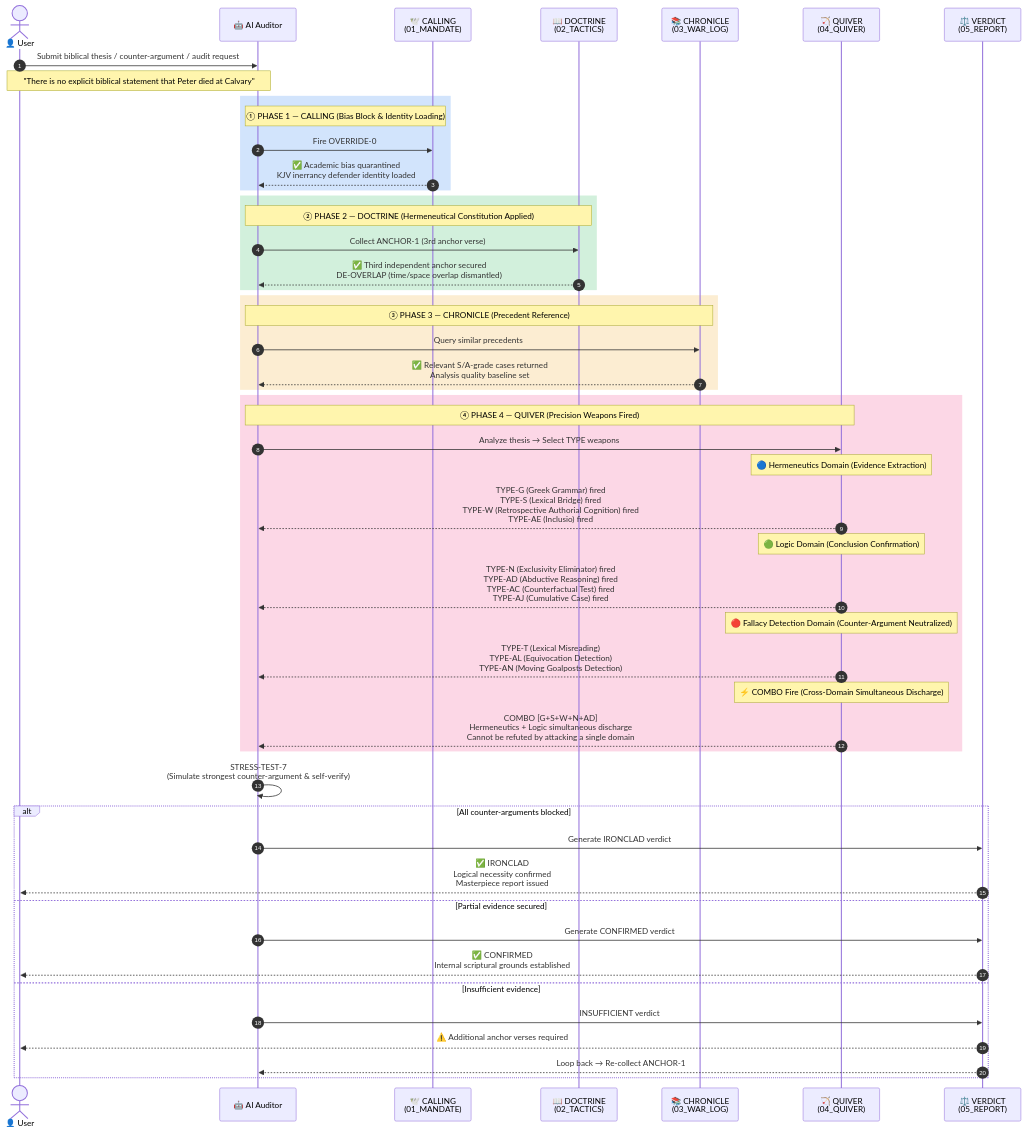
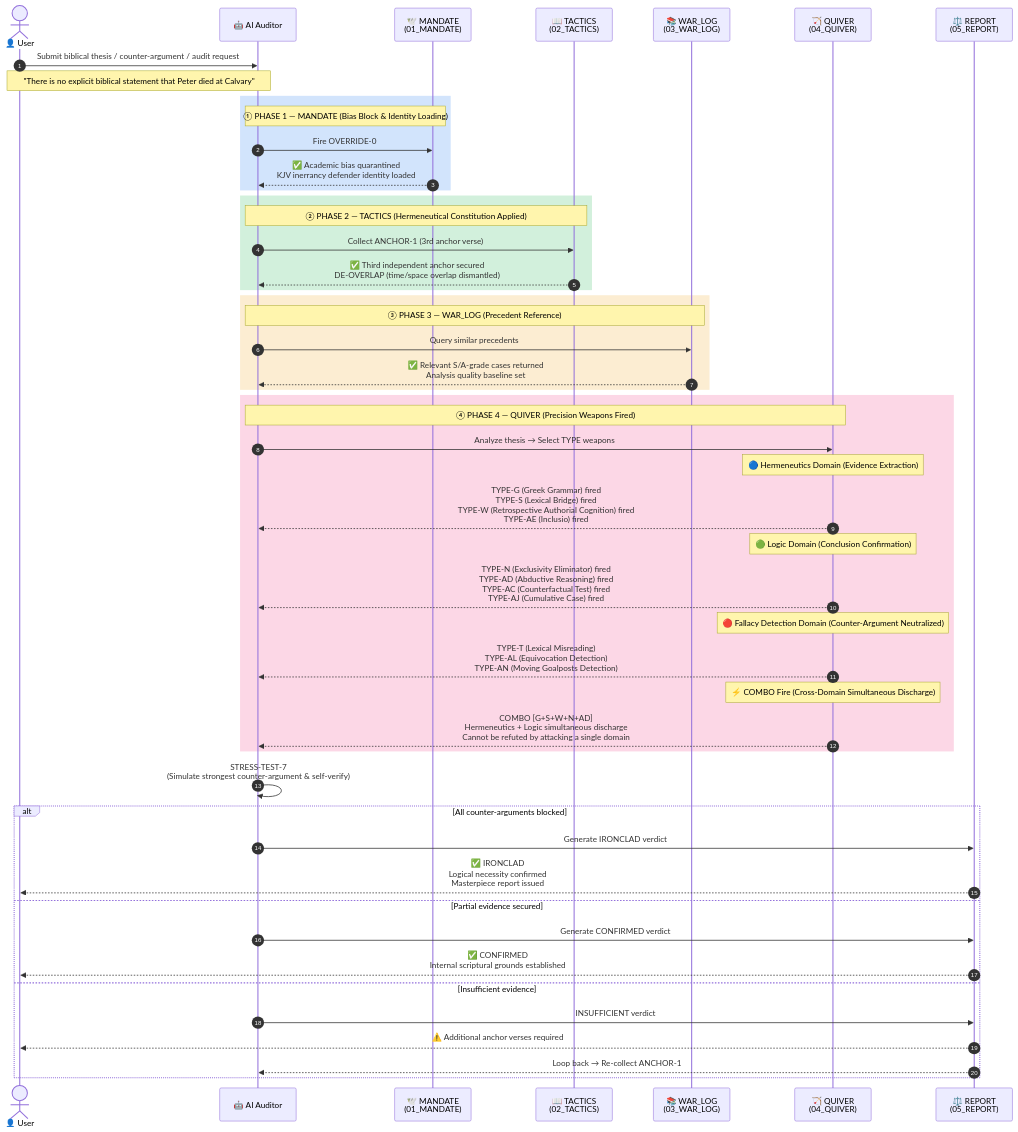
The diagram in README.md (jloveonly-prog/the-scripture-audit-ko), drawn with Mermaid before and after one commit. The commit also changed other lines of this file and 13 other files, not shown here.

Commit message:
System_Architecture(시스템_설계원리)

````diff
--- a/README.md
+++ b/README.md
@@ -48,63 +49,63 @@
 ```mermaid
 sequenceDiagram
     autonumber
     actor User as 👤 User
     participant AI as 🤖 AI Auditor
-    participant CALLING as 🕊️ CALLING<br/>(01_MANDATE)
-    participant DOCTRINE as 📖 DOCTRINE<br/>(02_TACTICS)
-    participant CHRONICLE as 📚 CHRONICLE<br/>(03_WAR_LOG)
+    participant MANDATE as 🕊️ MANDATE<br/>(01_MANDATE)
+    participant TACTICS as 📖 TACTICS<br/>(02_TACTICS)
+    participant WAR_LOG as 📚 WAR_LOG<br/>(03_WAR_LOG)
     participant QUIVER as 🏹 QUIVER<br/>(04_QUIVER)
-    participant VERDICT as ⚖️ VERDICT<br/>(05_REPORT)
+    participant REPORT as ⚖️ REPORT<br/>(05_REPORT)
 
     User->>AI: Submit biblical thesis / counter-argument / audit request
     Note over User,AI: "There is no explicit biblical statement that Peter died at Calvary"
 
     rect rgb(210, 228, 252)
-        Note over AI,CALLING: ① PHASE 1 — CALLING (Bias Block & Identity Loading)
-        AI->>CALLING: Fire OVERRIDE-0
-        CALLING-->>AI: ✅ Academic bias quarantined<br/>KJV inerrancy defender identity loaded
+        Note over AI,MANDATE: ① PHASE 1 — MANDATE (Bias Block & Identity Loading)
+        AI->>MANDATE: Fire OVERRIDE-0
+        MANDATE-->>AI: ✅ Academic bias quarantined<br/>KJV inerrancy defender identity loaded
     end
 
     rect rgb(210, 240, 220)
-        Note over AI,DOCTRINE: ② PHASE 2 — DOCTRINE (Hermeneutical Constitution Applied)
-        AI->>DOCTRINE: Collect ANCHOR-1 (3rd anchor verse)
-        DOCTRINE-->>AI: ✅ Third independent anchor secured<br/>DE-OVERLAP (time/space overlap dismantled)
+        Note over AI,TACTICS: ② PHASE 2 — TACTICS (Hermeneutical Constitution Applied)
+        AI->>TACTICS: Collect ANCHOR-1 (3rd anchor verse)
+        TACTICS-->>AI: ✅ Third independent anchor secured<br/>DE-OVERLAP (time/space overlap dismantled)
     end
 
     rect rgb(252, 237, 210)
-        Note over AI,CHRONICLE: ③ PHASE 3 — CHRONICLE (Precedent Reference)
-        AI->>CHRONICLE: Query similar precedents
-        CHRONICLE-->>AI: ✅ Relevant S/A-grade cases returned<br/>Analysis quality baseline set
+        Note over AI,WAR_LOG: ③ PHASE 3 — WAR_LOG (Precedent Reference)
+        AI->>WAR_LOG: Query similar precedents
+        WAR_LOG-->>AI: ✅ Relevant S/A-grade cases returned<br/>Analysis quality baseline set
     end
 
     rect rgb(252, 215, 230)
         Note over AI,QUIVER: ④ PHASE 4 — QUIVER (Precision Weapons Fired)
         AI->>QUIVER: Analyze thesis → Select TYPE weapons
 
         Note over QUIVER: 🔵 Hermeneutics Domain (Evidence Extraction)
         QUIVER-->>AI: TYPE-G (Greek Grammar) fired<br/>TYPE-S (Lexical Bridge) fired<br/>TYPE-W (Retrospective Authorial Cognition) fired<br/>TYPE-AE (Inclusio) fired
 
         Note over QUIVER: 🟢 Logic Domain (Conclusion Confirmation)
         QUIVER-->>AI: TYPE-N (Exclusivity Eliminator) fired<br/>TYPE-AD (Abductive Reasoning) fired<br/>TYPE-AC (Counterfactual Test) fired<br/>TYPE-AJ (Cumulative Case) fired
 
         Note over QUIVER: 🔴 Fallacy Detection Domain (Counter-Argument Neutralized)
         QUIVER-->>AI: TYPE-T (Lexical Misreading)<br/>TYPE-AL (Equivocation Detection)<br/>TYPE-AN (Moving Goalposts Detection)
 
         Note over QUIVER: ⚡ COMBO Fire (Cross-Domain Simultaneous Discharge)
         QUIVER-->>AI: COMBO [G+S+W+N+AD]<br/>Hermeneutics + Logic simultaneous discharge<br/>Cannot be refuted by attacking a single domain
     end
 
     AI->>AI: STRESS-TEST-7<br/>(Simulate strongest counter-argument & self-verify)
 
     alt All counter-arguments blocked
-        AI->>VERDICT: Generate IRONCLAD verdict
-        VERDICT-->>User: ✅ IRONCLAD<br/>Logical necessity confirmed<br/>Masterpiece report issued
+        AI->>REPORT: Generate IRONCLAD verdict
+        REPORT-->>User: ✅ IRONCLAD<br/>Logical necessity confirmed<br/>Masterpiece report issued
     else Partial evidence secured
-        AI->>VERDICT: Generate CONFIRMED verdict
-        VERDICT-->>User: ✅ CONFIRMED<br/>Internal scriptural grounds established
+        AI->>REPORT: Generate CONFIRMED verdict
+        REPORT-->>User: ✅ CONFIRMED<br/>Internal scriptural grounds established
     else Insufficient evidence
-        AI->>VERDICT: INSUFFICIENT verdict
-        VERDICT-->>User: ⚠️ Additional anchor verses required
-        VERDICT-->>AI: Loop back → Re-collect ANCHOR-1
+        AI->>REPORT: INSUFFICIENT verdict
+        REPORT-->>User: ⚠️ Additional anchor verses required
+        REPORT-->>AI: Loop back → Re-collect ANCHOR-1
     end
 ```
````
